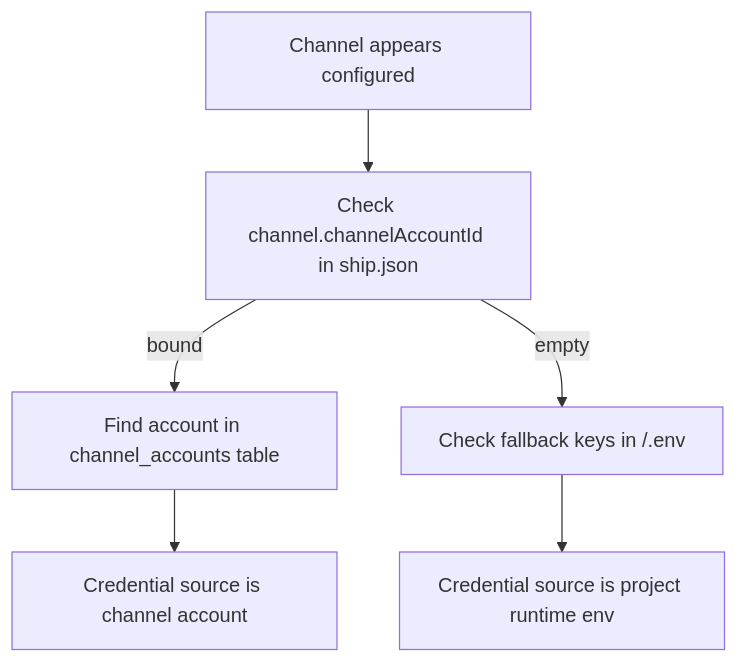
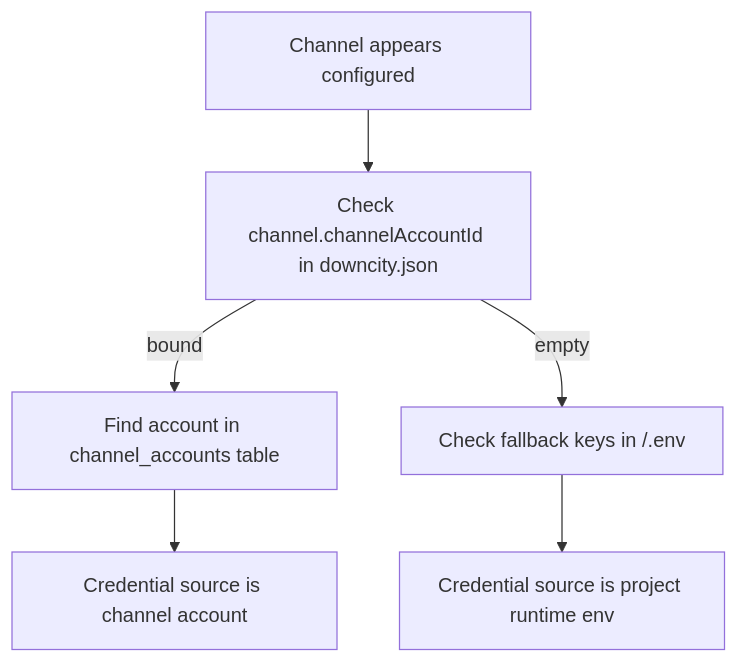
The second of 2 diagrams in homepage/content/docs/en/configuration/environment-variables.mdx (wangenius/downcity), drawn with Mermaid before and after one commit. The commit also changed other lines of this file and 240 other files, not shown here.

````diff
--- a/homepage/content/docs/en/configuration/environment-variables.mdx
+++ b/homepage/content/docs/en/configuration/environment-variables.mdx
@@ -111,8 +111,8 @@
 ```mermaid
 flowchart TD
-  A["Channel appears configured"] --> B["Check channel.channelAccountId in ship.json"]
+  A["Channel appears configured"] --> B["Check channel.channelAccountId in downcity.json"]
   B -->|bound| C["Find account in channel_accounts table"]
   B -->|empty| D["Check fallback keys in <agent>/.env"]
   C --> E["Credential source is channel account"]
   D --> F["Credential source is project runtime env"]
 ```
````
